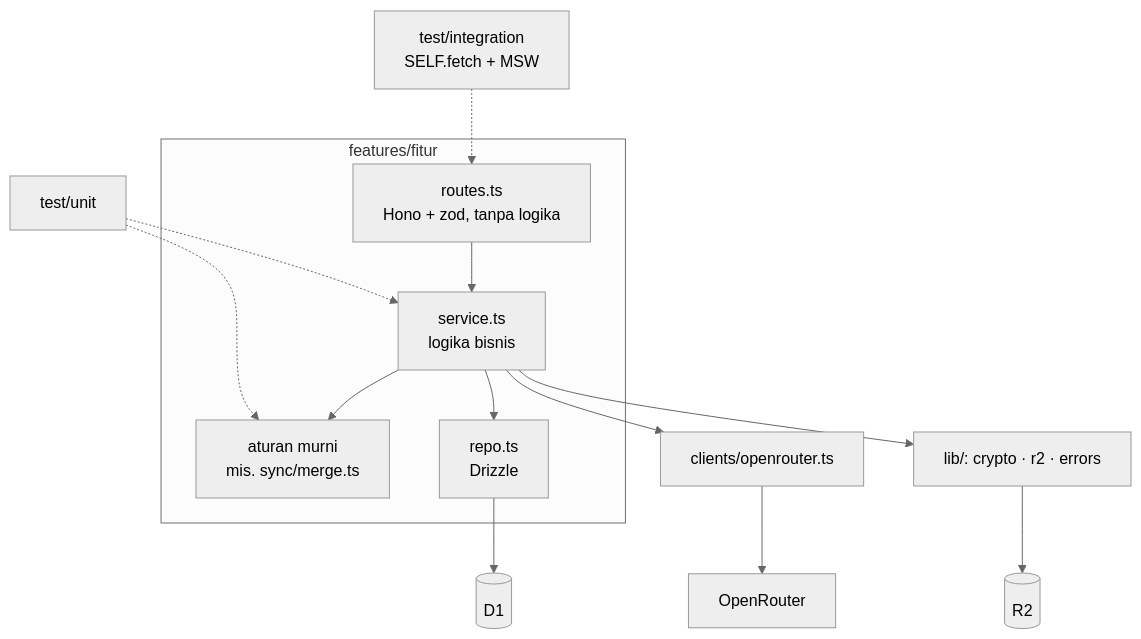
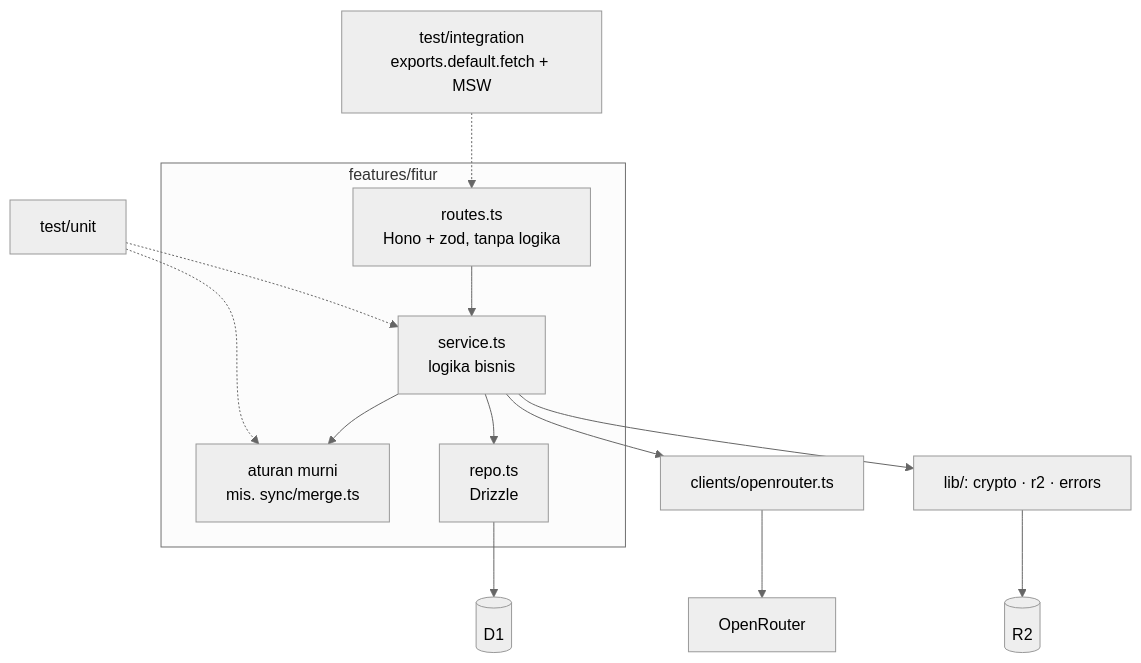
The sixth of 9 diagrams in docs/backend.md (choiruladamm/luma), drawn with Mermaid (neutral theme) before and after one commit. The commit also changed other lines of this file and 36 other files, not shown here.

````diff
--- a/docs/backend.md
+++ b/docs/backend.md
@@ -397,16 +397,16 @@
 ```mermaid
 flowchart TB
   subgraph feature["features/fitur"]
     RT["routes.ts<br/>Hono + zod, tanpa logika"] --> SV["service.ts<br/>logika bisnis"]
     SV --> PURE["aturan murni<br/>mis. sync/merge.ts"]
     SV --> RP["repo.ts<br/>Drizzle"]
   end
   SV --> CL["clients/openrouter.ts"]
   SV --> LIB["lib/: crypto · r2 · errors"]
   RP --> D1[(D1)]
   LIB --> R2[(R2)]
   CL --> OR[OpenRouter]
   TU["test/unit"] -.-> PURE
   TU -.-> SV
-  TI["test/integration<br/>SELF.fetch + MSW"] -.-> RT
+  TI["test/integration<br/>exports.default.fetch + MSW"] -.-> RT
 ```
````
